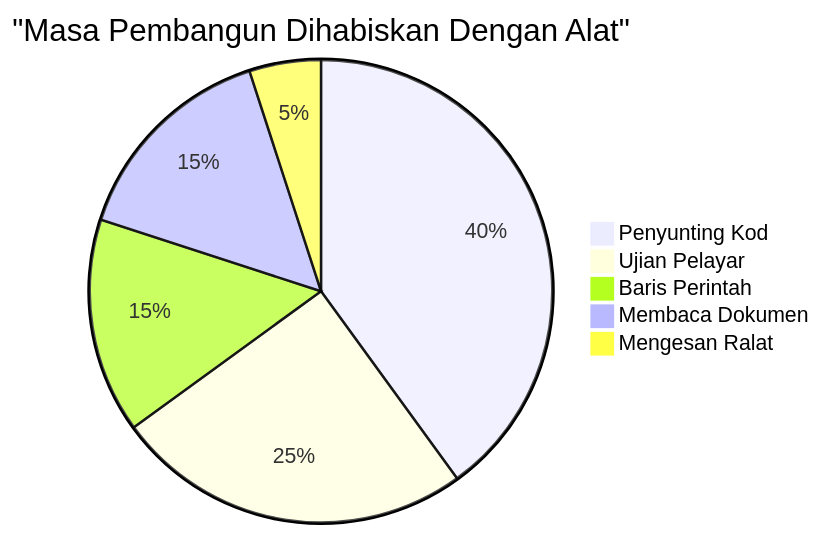
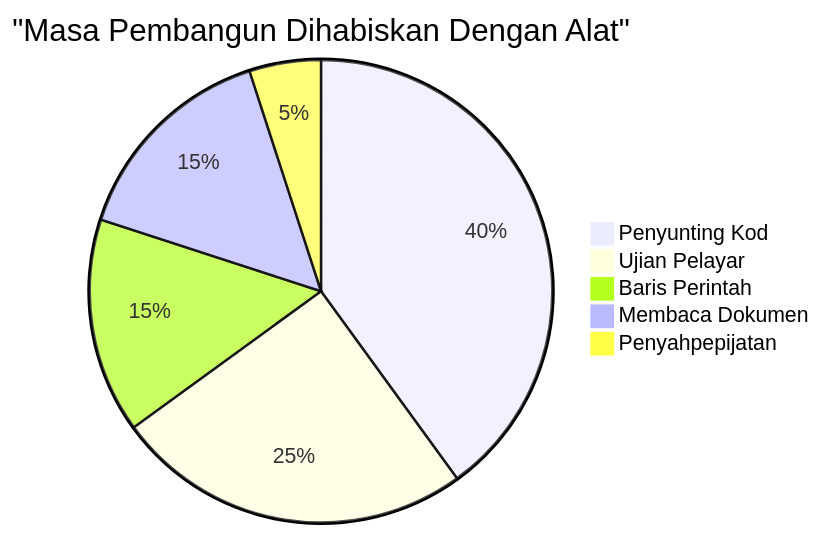
Before and after one commit to microsoft/Web-Dev-For-Beginners: the sixth of 7 diagrams in translations/ms/1-getting-started-lessons/1-intro-to-programming-languages/README.md, drawn with Mermaid. The commit also changed other lines of this file and 8 other files, not shown here.

````diff
--- a/translations/ms/1-getting-started-lessons/1-intro-to-programming-languages/README.md
+++ b/translations/ms/1-getting-started-lessons/1-intro-to-programming-languages/README.md
@@ -713,8 +713,8 @@
 ```mermaid
 pie title "Masa Pembangun Dihabiskan Dengan Alat"
     "Penyunting Kod" : 40
     "Ujian Pelayar" : 25
     "Baris Perintah" : 15
     "Membaca Dokumen" : 15
-    "Mengesan Ralat" : 5
+    "Penyahpepijatan" : 5
 ```
````
